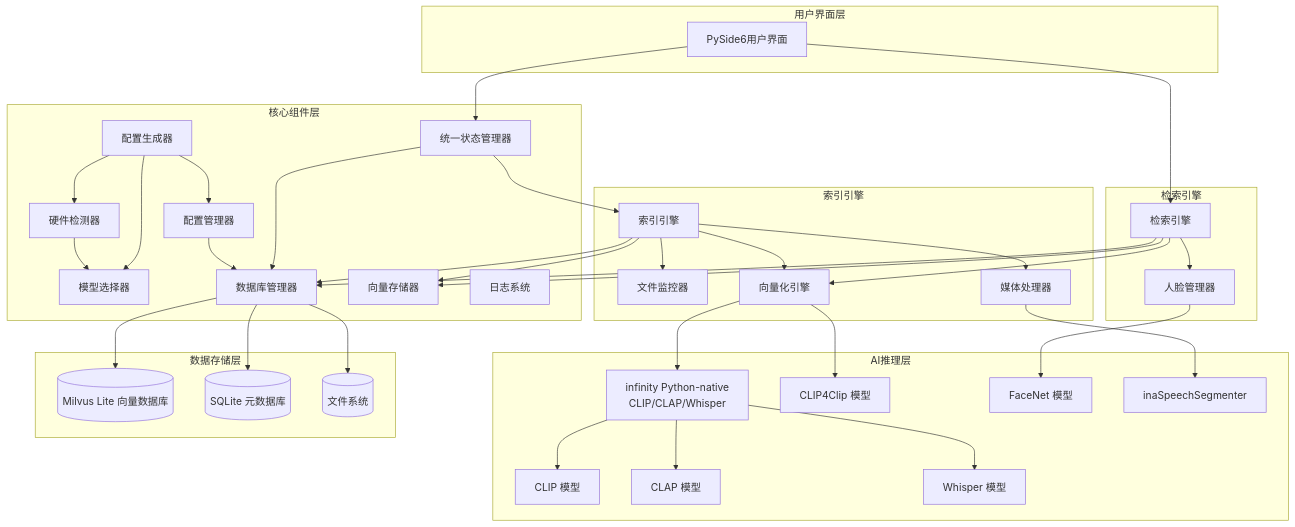
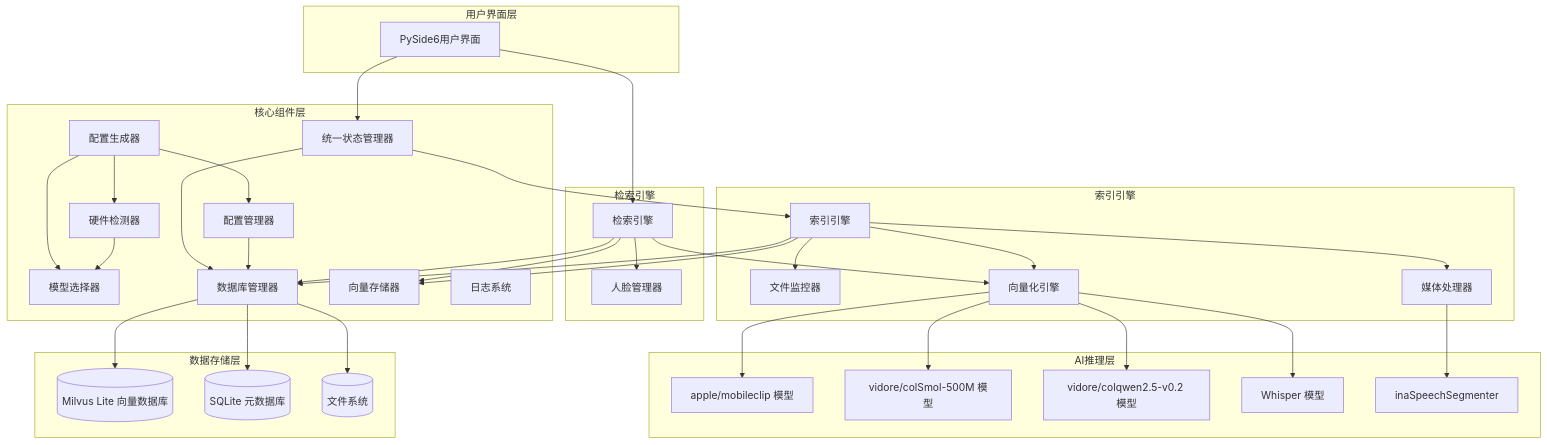
Before and after one commit to cr4342/msearch: the first of 2 diagrams in .kiro/specs/multimodal-search-system/design.md, drawn with Mermaid. The commit also changed other lines of this file and 3 other files, not shown here.

````diff
--- a/.kiro/specs/multimodal-search-system/design.md
+++ b/.kiro/specs/multimodal-search-system/design.md
@@ -182,81 +161,77 @@
 ```mermaid
 graph TB
     subgraph "用户界面层"
         UI[PySide6用户界面]
     end
     
     subgraph "索引引擎"
         IndexingEngine[索引引擎]
         FileMonitor[文件监控器]
         MediaProcessor[媒体处理器]
         EmbeddingEngine[向量化引擎]
     end
     
     subgraph "检索引擎"
         SearchEngine[检索引擎]
         FaceManager[人脸管理器]
     end
     
     subgraph "核心组件层"
         StateManager[统一状态管理器]
         ConfigManager[配置管理器]
         ConfigGenerator[配置生成器]
         HardwareDetector[硬件检测器]
         ModelSelector[模型选择器]
         DatabaseManager[数据库管理器]
         VectorStore[向量存储器]
         EmbeddingEngine[向量化引擎]
         LoggingSystem[日志系统]
     end
     
     subgraph "AI推理层"
-        Infinity[infinity Python-native<br/>CLIP/CLAP/Whisper]
-        CLIP[CLIP 模型]
-        CLAP[CLAP 模型]
+        MobileClip[apple/mobileclip 模型]
+        ColSmol[vidore/colSmol-500M 模型]
+        ColQwen[vidore/colqwen2.5-v0.2 模型]
         Whisper[Whisper 模型]
-        CLIP4Clip[CLIP4Clip 模型]
-        FaceNet[FaceNet 模型]
         InaSpeechSegmenter[inaSpeechSegmenter]
     end
     
     subgraph "数据存储层"
         MilvusLite[(Milvus Lite 向量数据库)]
         SQLite[(SQLite 元数据库)]
         FileSystem[(文件系统)]
     end
     
     UI --> SearchEngine
     UI --> StateManager
     
     SearchEngine --> EmbeddingEngine
     SearchEngine --> DatabaseManager
     SearchEngine --> VectorStore
     SearchEngine --> FaceManager
     
     IndexingEngine --> FileMonitor
     IndexingEngine --> MediaProcessor
     IndexingEngine --> EmbeddingEngine
     IndexingEngine --> VectorStore
     IndexingEngine --> DatabaseManager
     
     StateManager --> DatabaseManager
     StateManager --> IndexingEngine
     
     ConfigManager --> DatabaseManager
     ConfigGenerator --> HardwareDetector
     ConfigGenerator --> ModelSelector
     ConfigGenerator --> ConfigManager
     HardwareDetector --> ModelSelector
     
-    EmbeddingEngine --> Infinity
-    EmbeddingEngine --> CLIP4Clip
-    Infinity --> CLIP
-    Infinity --> CLAP
-    Infinity --> Whisper
-    FaceManager --> FaceNet
+    EmbeddingEngine --> MobileClip
+    EmbeddingEngine --> ColSmol
+    EmbeddingEngine --> ColQwen
+    EmbeddingEngine --> Whisper
     MediaProcessor --> InaSpeechSegmenter
     
     DatabaseManager --> MilvusLite
     DatabaseManager --> SQLite
     DatabaseManager --> FileSystem
 ```
````
